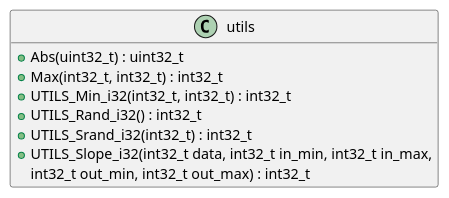
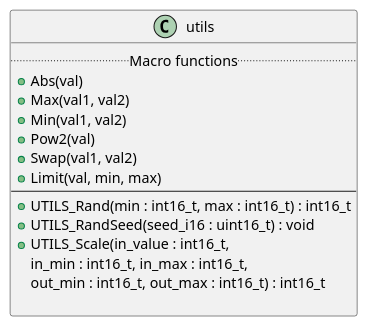
The diagram in docs/diagrams/source/utils.puml (binarymaker/embclib), drawn with PlantUML before and after one commit. The commit also changed 6 other files, not shown here.

Commit message:
uml diagrams update

```diff
--- a/docs/diagrams/source/utils.puml
+++ b/docs/diagrams/source/utils.puml
@@ -1,16 +1,21 @@
 @startuml utility-library
 
 class utils
 {
-    + Abs(uint32_t) : uint32_t
-    + Max(int32_t, int32_t) : int32_t
-    + UTILS_Min_i32(int32_t, int32_t) : int32_t
-    + UTILS_Rand_i32() : int32_t
-    + UTILS_Srand_i32(int32_t) : int32_t
-    + UTILS_Slope_i32(int32_t data, int32_t in_min, int32_t in_max,
-      int32_t out_min, int32_t out_max) : int32_t
+  .. Macro functions ..
+  + Abs(val)
+  + Max(val1, val2) 
+  + Min(val1, val2)
+  + Pow2(val)
+  + Swap(val1, val2)
+  + Limit(val, min, max)
+  --
+  + UTILS_Rand(min : int16_t, max : int16_t) : int16_t
+  + UTILS_RandSeed(seed_i16 : uint16_t) : void
+  + UTILS_Scale(in_value : int16_t, 
+                in_min : int16_t, in_max : int16_t, 
+                out_min : int16_t, out_max : int16_t) : int16_t
+
 }
 
-hide utils attribute
-
 @enduml
```
